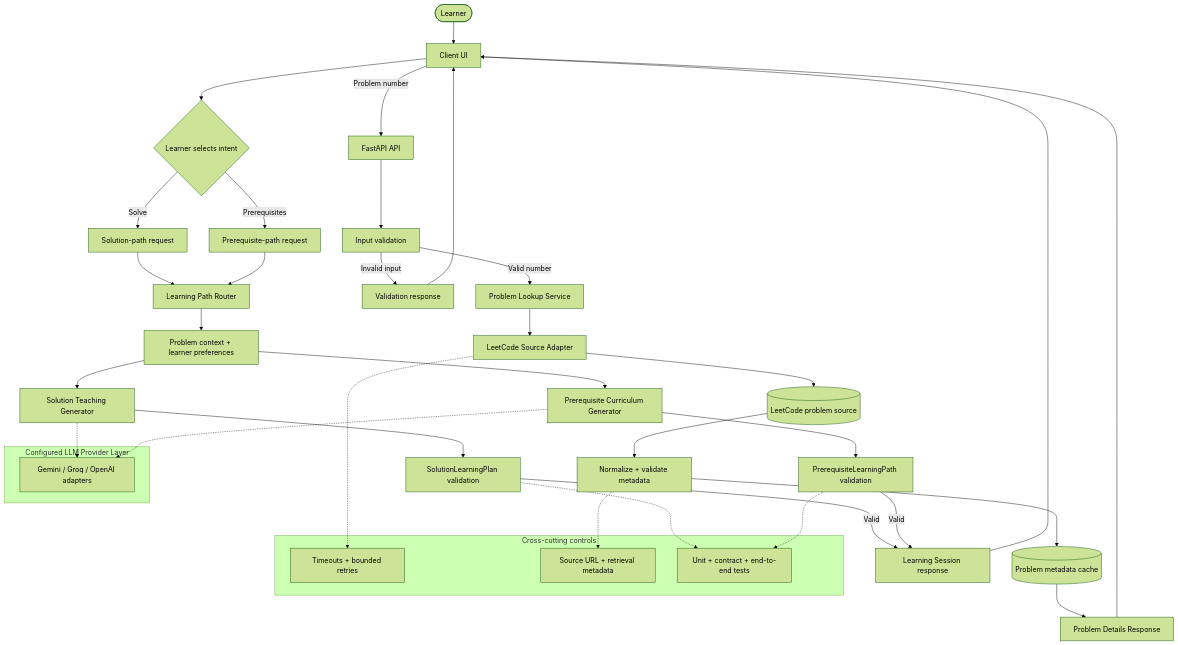
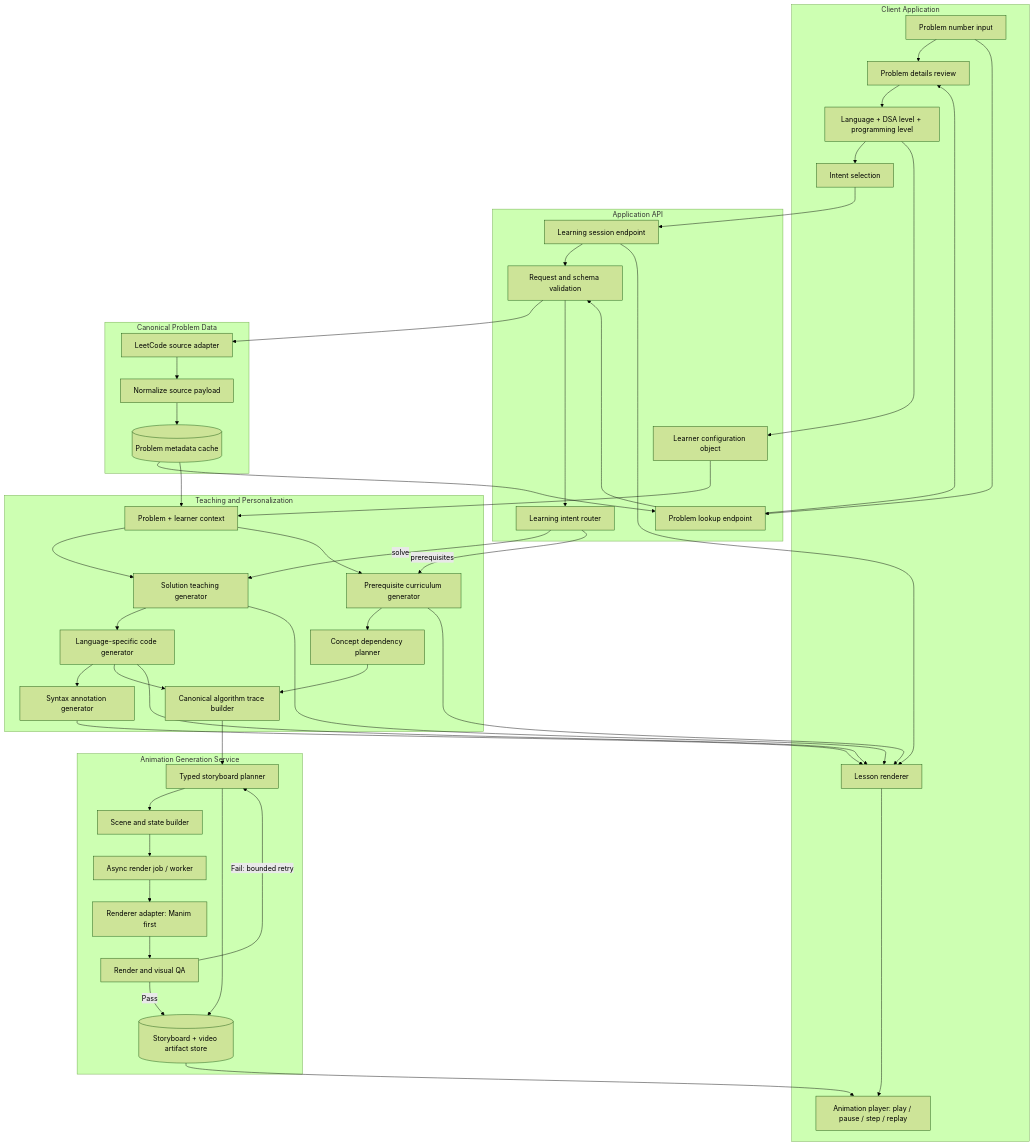
The second of 7 diagrams in diagram.md (Dhruv-D-Bhrasadiya/didactics), drawn with Mermaid (forest theme) before and after one commit. The commit also changed other lines of this file and 2 other files, not shown here.

Commit message:
docs: expand personalized learning and animation architecture

````diff
--- a/diagram.md
+++ b/diagram.md
@@ -7,47 +46,75 @@
 ```mermaid
 flowchart TB
-    U([Learner]) --> UI[Client UI]
-    UI -->|Problem number| API[FastAPI API]
-    API --> V[Input validation]
-    V -->|Valid number| Lookup[Problem Lookup Service]
-    V -->|Invalid input| Error[Validation response]
-    Lookup --> Adapter[LeetCode Source Adapter]
-    Adapter --> Source[(LeetCode problem source)]
-    Source --> Normalize[Normalize + validate metadata]
-    Normalize --> Cache[(Problem metadata cache)]
-    Cache --> Summary[Problem Details Response]
-    Summary --> UI
-    UI --> Choice{Learner selects intent}
+    subgraph CLIENT[Client Application]
+      UI[Problem number input]
+      DETAILS[Problem details review]
+      SETTINGS[Language + DSA level + programming level]
+      PATH[Intent selection]
+      LESSON[Lesson renderer]
+      PLAYER[Animation player: play / pause / step / replay]
+      UI --> DETAILS --> SETTINGS --> PATH
+      LESSON --> PLAYER
+    end
 
-    Choice -->|Solve| SolveReq[Solution-path request]
-    Choice -->|Prerequisites| PrereqReq[Prerequisite-path request]
+    subgraph API[Application API]
+      PROBLEMAPI[Problem lookup endpoint]
+      SESSIONAPI[Learning session endpoint]
+      VALIDATE[Request and schema validation]
+      ROUTER[Learning intent router]
+      CONFIG[Learner configuration object]
+    end
 
-    SolveReq --> Router[Learning Path Router]
-    PrereqReq --> Router
-    Router --> Context[Problem context + learner preferences]
-    Context --> SolveAgent[Solution Teaching Generator]
-    Context --> PrereqAgent[Prerequisite Curriculum Generator]
+    subgraph DATA[Canonical Problem Data]
+      ADAPTER[LeetCode source adapter]
+      NORMALIZE[Normalize source payload]
+      CACHE[(Problem metadata cache)]
+      ADAPTER --> NORMALIZE --> CACHE
+    end
 
-    SolveAgent --> SolveSchema[SolutionLearningPlan validation]
-    PrereqAgent --> PrereqSchema[PrerequisiteLearningPath validation]
-    SolveSchema -->|Valid| Session[Learning Session response]
-    PrereqSchema -->|Valid| Session
-    Session --> UI
-    Error --> UI
+    subgraph TEACH[Teaching and Personalization]
+      CONTEXT[Problem + learner context]
+      SOLVE[Solution teaching generator]
+      PREREQ[Prerequisite curriculum generator]
+      CODEX[Language-specific code generator]
+      SYNTAX[Syntax annotation generator]
+      TRACE[Canonical algorithm trace builder]
+      DEP[Concept dependency planner]
+    end
 
-    subgraph LLM[Configured LLM Provider Layer]
-      Models[Gemini / Groq / OpenAI adapters]
+    subgraph ANIMATION[Animation Generation Service]
+      STORY[Typed storyboard planner]
+      SCENE[Scene and state builder]
+      RENDER[Renderer adapter: Manim first]
+      QA[Render and visual QA]
+      STORE[(Storyboard + video artifact store)]
+      JOB[Async render job / worker]
+      STORY --> SCENE --> JOB --> RENDER --> QA
+      QA -->|Pass| STORE
+      QA -->|Fail: bounded retry| STORY
     end
-    SolveAgent -.-> Models
-    PrereqAgent -.-> Models
 
-    subgraph Reliability[Cross-cutting controls]
-      Timeout[Timeouts + bounded retries]
-      Provenance[Source URL + retrieval metadata]
-      Tests[Unit + contract + end-to-end tests]
-    end
-    Adapter -.-> Timeout
-    Normalize -.-> Provenance
-    SolveSchema -.-> Tests
-    PrereqSchema -.-> Tests
+    UI --> PROBLEMAPI
+    PROBLEMAPI --> VALIDATE --> ADAPTER
+    CACHE --> PROBLEMAPI --> DETAILS
+    SETTINGS --> CONFIG
+    PATH --> SESSIONAPI --> VALIDATE --> ROUTER
+    CONFIG --> CONTEXT
+    CACHE --> CONTEXT
+    ROUTER -->|solve| SOLVE
+    ROUTER -->|prerequisites| PREREQ
+    CONTEXT --> SOLVE
+    CONTEXT --> PREREQ
+    SOLVE --> CODEX
+    CODEX --> SYNTAX
+    CODEX --> TRACE
+    PREREQ --> DEP
+    DEP --> TRACE
+    TRACE --> STORY
+    STORY --> STORE
+    SOLVE --> LESSON
+    PREREQ --> LESSON
+    CODEX --> LESSON
+    SYNTAX --> LESSON
+    STORE --> PLAYER
+    SESSIONAPI --> LESSON
 ```
````
